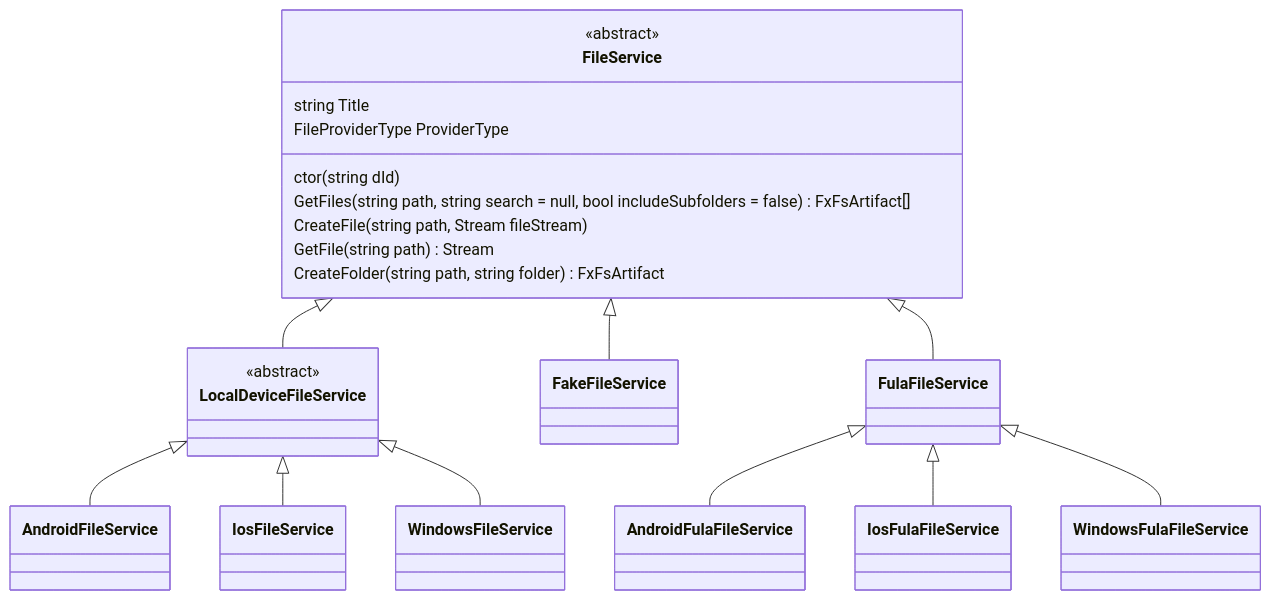
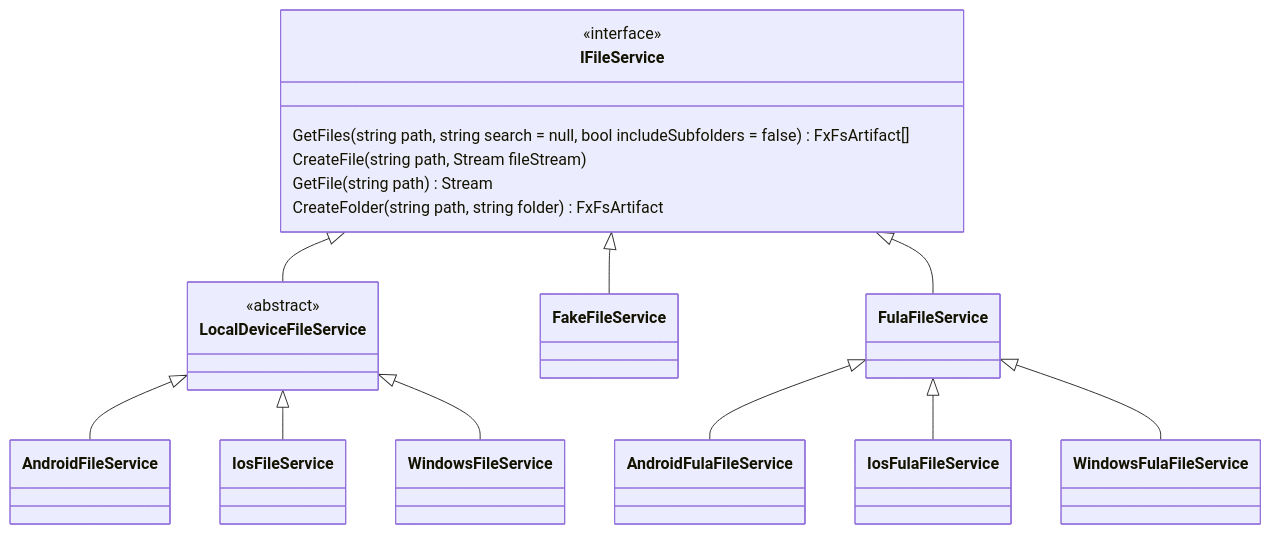
Before and after one commit to functionland/fx-files: the second of 3 diagrams in docs/class-diagram-overview.md, drawn with Mermaid.

Commit message:
Add IFileService to documentation. ab#206

````diff
--- a/docs/class-diagram-overview.md
+++ b/docs/class-diagram-overview.md
@@ -41,27 +41,24 @@
 ```mermaid
 classDiagram
-FileService <|-- LocalDeviceFileService
+IFileService <|-- LocalDeviceFileService
 LocalDeviceFileService <|-- AndroidFileService
 LocalDeviceFileService <|-- IosFileService
 LocalDeviceFileService <|-- WindowsFileService
-FileService <|-- FakeFileService
-FileService <|-- FulaFileService
+IFileService <|-- FakeFileService
+IFileService <|-- FulaFileService
 FulaFileService <|-- AndroidFulaFileService
 FulaFileService <|-- IosFulaFileService
 FulaFileService <|-- WindowsFulaFileService
 
-class FileService {
-  <<abstract>>
-  ctor(string dId)
-  string Title
-  FileProviderType ProviderType
+class IFileService {
+  <<interface>>
   GetFiles(string path, string search = null, bool includeSubfolders = false) FxFsArtifact[]
   CreateFile(string path, Stream fileStream)
   GetFile(string path) Stream
   CreateFolder(string path, string folder) FxFsArtifact
 }
 
 class LocalDeviceFileService {
   <<abstract>>
 }
 ```
````
